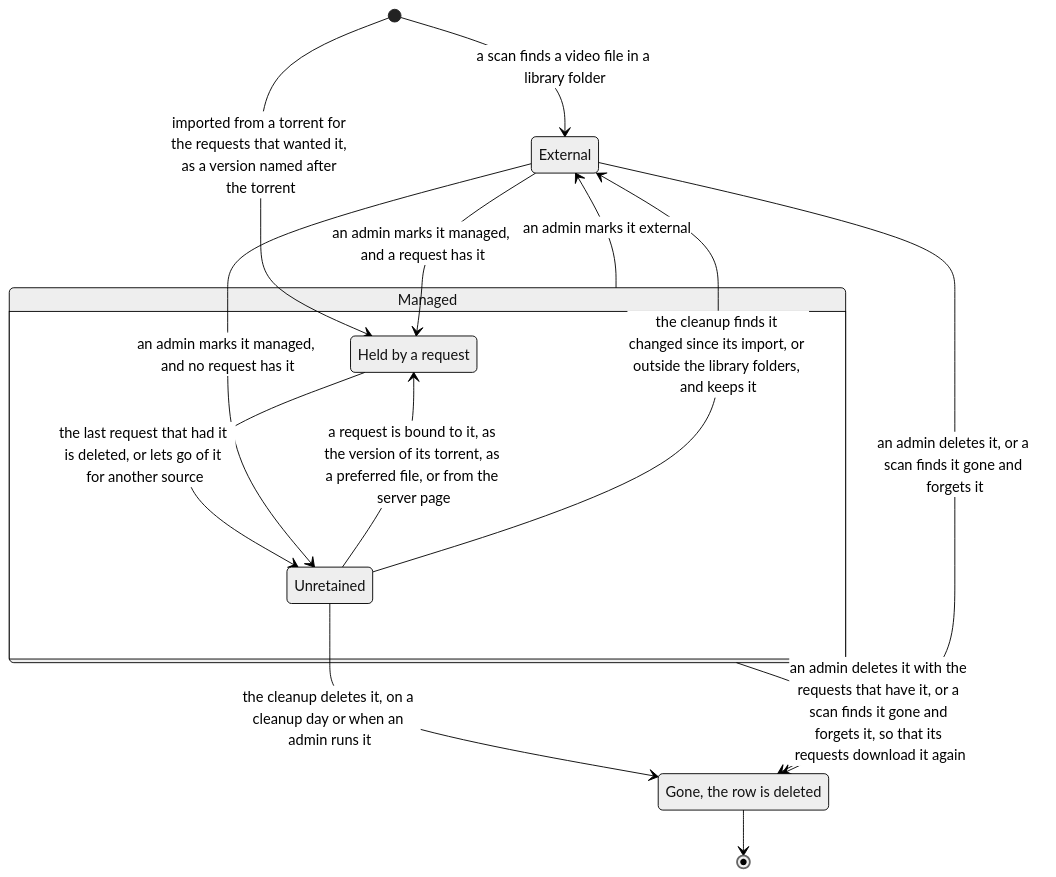
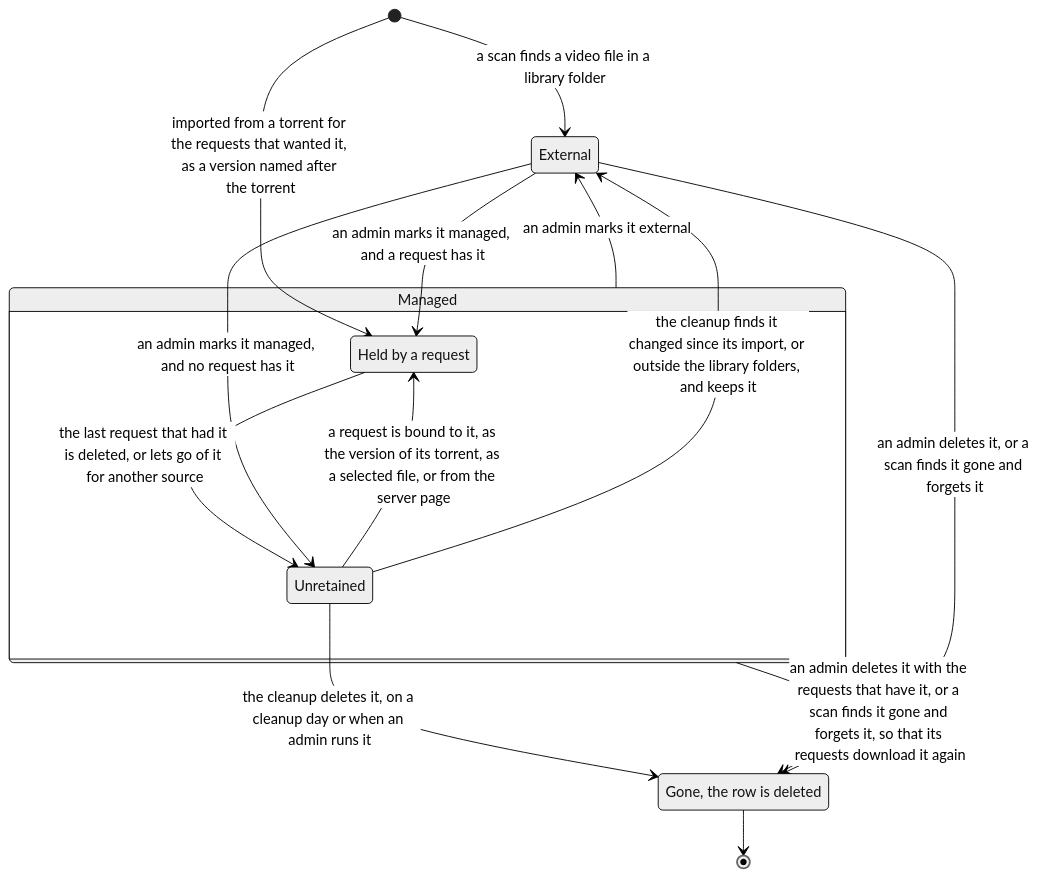
Before and after one commit to aleksilassila/reiverr: the fifth of 5 diagrams in docs/backend-architecture.md, drawn with Mermaid (neutral theme). The commit also changed other lines of this file and 24 other files, not shown here.

````diff
--- a/docs/backend-architecture.md
+++ b/docs/backend-architecture.md
@@ -146,22 +146,22 @@
 ```mermaid
 stateDiagram-v2
   state "External" as external
   state "Gone, the row is deleted" as gone
   state "Managed" as managed {
     state "Held by a request" as held
     state "Unretained" as unretained
-    unretained --> held: a request is bound to it, as the version of its torrent, as a preferred file, or from the server page
+    unretained --> held: a request is bound to it, as the version of its torrent, as a selected file, or from the server page
     held --> unretained: the last request that had it is deleted, or lets go of it for another source
   }
 
   [*] --> external: a scan finds a video file in a library folder
   [*] --> held: imported from a torrent for the requests that wanted it, as a version named after the torrent
   external --> held: an admin marks it managed, and a request has it
   external --> unretained: an admin marks it managed, and no request has it
   managed --> external: an admin marks it external
   unretained --> external: the cleanup finds it changed since its import, or outside the library folders, and keeps it
   unretained --> gone: the cleanup deletes it, on a cleanup day or when an admin runs it
   managed --> gone: an admin deletes it with the requests that have it, or a scan finds it gone and forgets it, so that its requests download it again
   external --> gone: an admin deletes it, or a scan finds it gone and forgets it
   gone --> [*]
 ```
````
